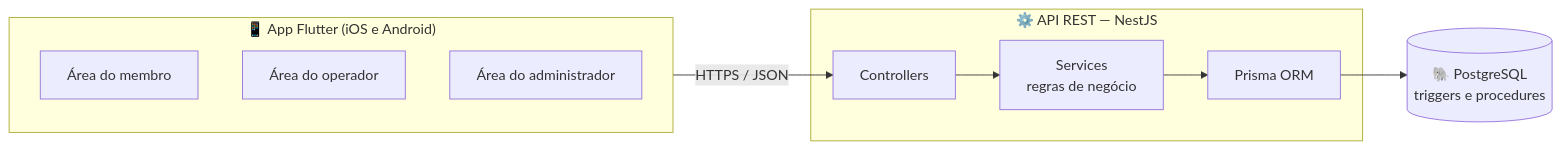
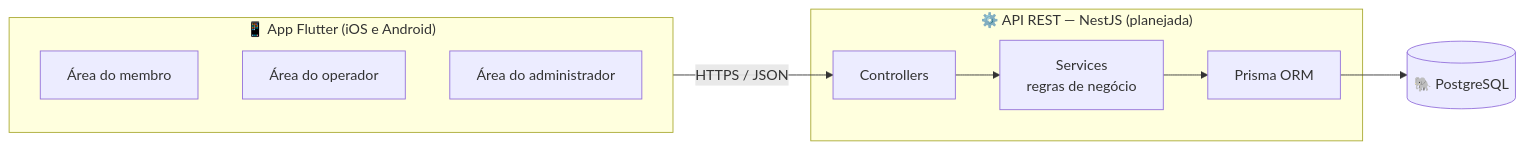
The diagram in README.md (CaminiJulia/HADS_JuliaVeiga_MembroPass), drawn with Mermaid before and after one commit. The commit also changed other lines of this file, not shown here.

````diff
--- a/README.md
+++ b/README.md
@@ -59,18 +48,18 @@
 ```mermaid
 flowchart LR
     subgraph App["📱 App Flutter (iOS e Android)"]
         M[Área do membro]
         O[Área do operador]
         A[Área do administrador]
     end
 
-    subgraph API["⚙️ API REST — NestJS"]
+    subgraph API["⚙️ API REST — NestJS (planejada)"]
         C[Controllers] --> S[Services<br/>regras de negócio]
         S --> P[Prisma ORM]
     end
 
-    DB[(🐘 PostgreSQL<br/>triggers e procedures)]
+    DB[(🐘 PostgreSQL)]
 
     App -- HTTPS / JSON --> C
     P --> DB
 ```
````
